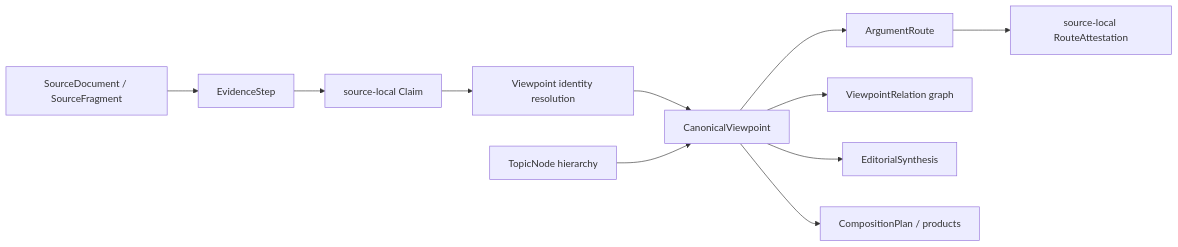
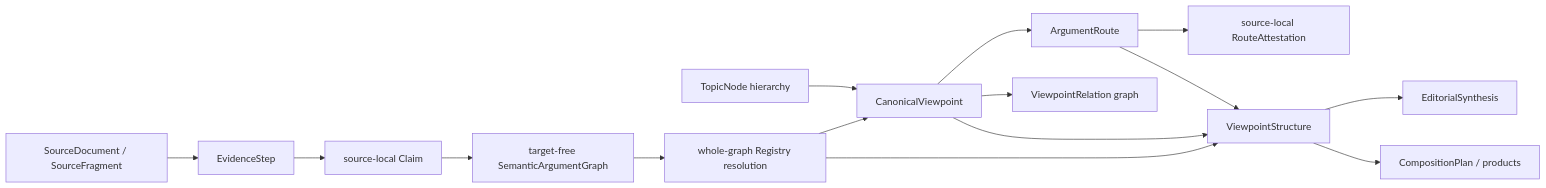
One commit to junyang168/smart-answer changed the second of 9 diagrams in docs/wang-knowledge-platform/canonical_viewpoint_registry_design_v1.md. Above: the diagram before and after it, drawn with Mermaid. The commit also changed other lines of this file, not shown here.

Commit message:
docs: adopt graph-first CVP resolution design

````diff
--- a/docs/wang-knowledge-platform/canonical_viewpoint_registry_design_v1.md
+++ b/docs/wang-knowledge-platform/canonical_viewpoint_registry_design_v1.md
@@ -182,13 +176,17 @@
 ```mermaid
 flowchart LR
     S["SourceDocument / SourceFragment"] --> E["EvidenceStep"]
     E --> C["source-local Claim"]
-    C --> X["Viewpoint identity resolution"]
+    C --> G["target-free SemanticArgumentGraph"]
+    G --> X["whole-graph Registry resolution"]
     X --> V["CanonicalViewpoint"]
     V --> A["ArgumentRoute"]
     A --> AT["source-local RouteAttestation"]
     V --> VR["ViewpointRelation graph"]
+    X --> VS["ViewpointStructure"]
+    V --> VS
+    A --> VS
     T["TopicNode hierarchy"] --> V
-    V --> ES["EditorialSynthesis"]
-    V --> CP["CompositionPlan / products"]
+    VS --> ES["EditorialSynthesis"]
+    VS --> CP["CompositionPlan / products"]
 ```
````
